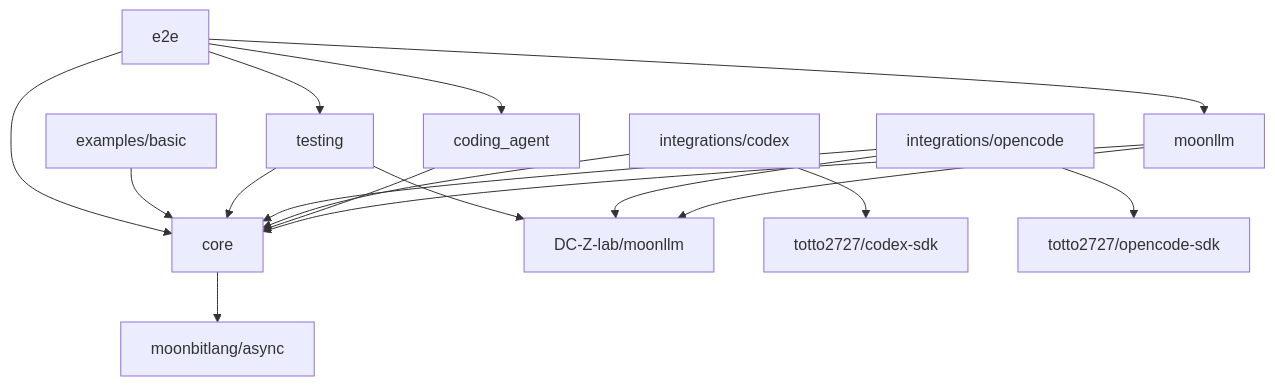
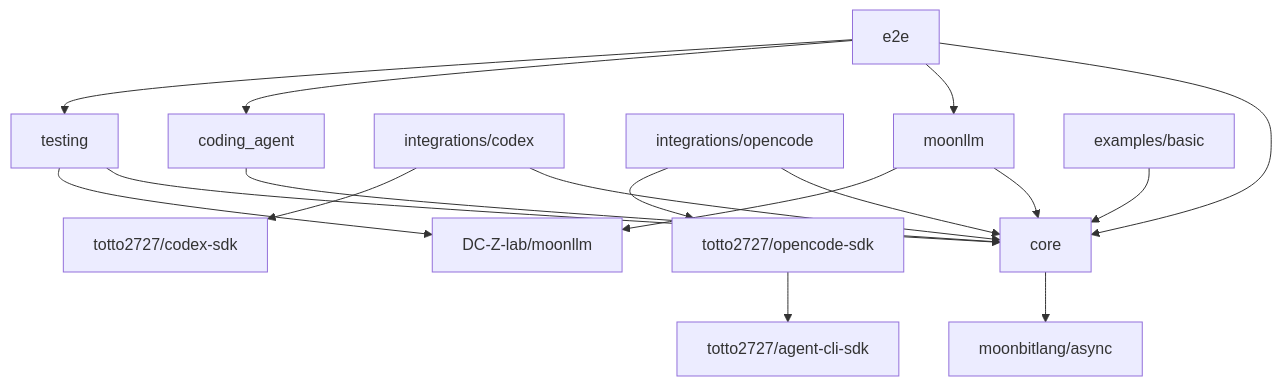
The first of 2 diagrams in mbt/package/moon-agent-graph/docs/implementation-plan.md (totto2727-org/monorepo), drawn with Mermaid before and after one commit. The commit also changed other lines of this file and 15 other files, not shown here.

First line of the commit message:
fix(moon-agent-graph): use OpenCode CLI SDK

````diff
--- a/mbt/package/moon-agent-graph/docs/implementation-plan.md
+++ b/mbt/package/moon-agent-graph/docs/implementation-plan.md
@@ -53,19 +54,19 @@
 ```mermaid
 flowchart TD
   Core["core"] --> Async["moonbitlang/async"]
   MoonLLMNode["moonllm"] --> Core
   MoonLLMNode --> MoonLLMSDK["DC-Z-lab/moonllm"]
   Agent["coding_agent"] --> Core
   Codex["integrations/codex"] --> Core
   Codex --> CodexSDK["totto2727/codex-sdk"]
   OpenCode["integrations/opencode"] --> Core
   OpenCode --> OpenCodeSDK["totto2727/opencode-sdk"]
-  OpenCode --> MoonLLMSDK
+  OpenCodeSDK --> AgentCLI["totto2727/agent-cli-sdk"]
   Testing["testing"] --> Core
   Testing --> MoonLLMSDK
   Basic["examples/basic"] --> Core
   E2E["e2e"] --> Core
   E2E --> MoonLLMNode
   E2E --> Agent
   E2E --> Testing
 ```
````
